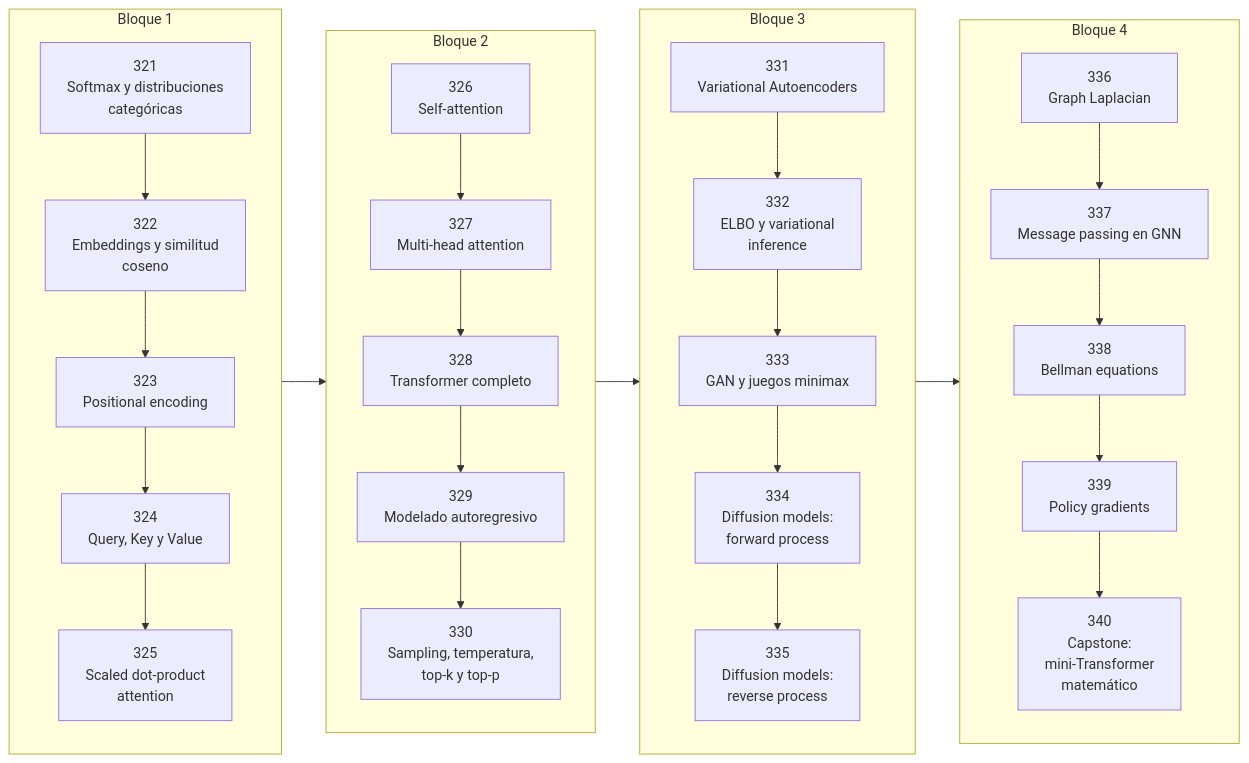
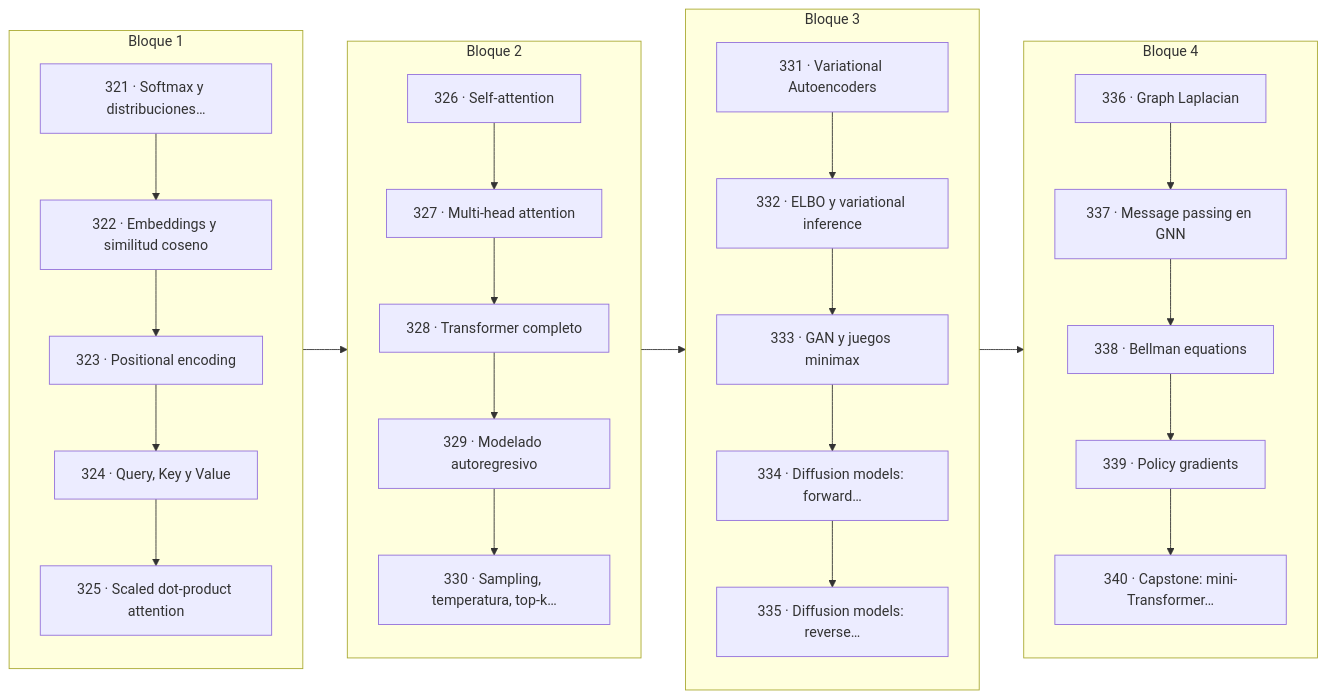
Before and after one commit to vladimiracunadev-create/computational-mathematics-program: the diagram in classes/part-16-matematica-de-transformers-modelos-generativos-grafos-y-rl/README.md, drawn with Mermaid. The commit also changed 389 other files, not shown here.

First line of the commit message:
fix(diagramas): elimina el HTML de las etiquetas Mermaid

````diff
--- a/classes/part-16-matematica-de-transformers-modelos-generativos-grafos-y-rl/README.md
+++ b/classes/part-16-matematica-de-transformers-modelos-generativos-grafos-y-rl/README.md
@@ -34,54 +34,54 @@
 ```mermaid
 flowchart LR
     subgraph B1["Bloque 1"]
         direction TB
-        L321["321<br/>Softmax y distribuciones<br/>categóricas"]
-        L322["322<br/>Embeddings y similitud<br/>coseno"]
-        L323["323<br/>Positional encoding"]
-        L324["324<br/>Query, Key y Value"]
-        L325["325<br/>Scaled dot-product<br/>attention"]
+        L321["321 · Softmax y distribuciones…"]
+        L322["322 · Embeddings y similitud coseno"]
+        L323["323 · Positional encoding"]
+        L324["324 · Query, Key y Value"]
+        L325["325 · Scaled dot-product attention"]
         L321 --> L322
         L322 --> L323
         L323 --> L324
         L324 --> L325
     end
     subgraph B2["Bloque 2"]
         direction TB
-        L326["326<br/>Self-attention"]
-        L327["327<br/>Multi-head attention"]
-        L328["328<br/>Transformer completo"]
-        L329["329<br/>Modelado autoregresivo"]
-        L330["330<br/>Sampling, temperatura,<br/>top-k y top-p"]
+        L326["326 · Self-attention"]
+        L327["327 · Multi-head attention"]
+        L328["328 · Transformer completo"]
+        L329["329 · Modelado autoregresivo"]
+        L330["330 · Sampling, temperatura, top-k…"]
         L326 --> L327
         L327 --> L328
         L328 --> L329
         L329 --> L330
     end
     subgraph B3["Bloque 3"]
         direction TB
-        L331["331<br/>Variational Autoencoders"]
-        L332["332<br/>ELBO y variational<br/>inference"]
-        L333["333<br/>GAN y juegos minimax"]
-        L334["334<br/>Diffusion models:<br/>forward process"]
-        L335["335<br/>Diffusion models:<br/>reverse process"]
+        L331["331 · Variational Autoencoders"]
+        L332["332 · ELBO y variational inference"]
+        L333["333 · GAN y juegos minimax"]
+        L334["334 · Diffusion models: forward…"]
+        L335["335 · Diffusion models: reverse…"]
         L331 --> L332
         L332 --> L333
         L333 --> L334
         L334 --> L335
     end
     subgraph B4["Bloque 4"]
         direction TB
-        L336["336<br/>Graph Laplacian"]
-        L337["337<br/>Message passing en GNN"]
-        L338["338<br/>Bellman equations"]
-        L339["339<br/>Policy gradients"]
-        L340["340<br/>Capstone:<br/>mini-Transformer<br/>matemático"]
+        L336["336 · Graph Laplacian"]
+        L337["337 · Message passing en GNN"]
+        L338["338 · Bellman equations"]
+        L339["339 · Policy gradients"]
+        L340["340 · Capstone: mini-Transformer…"]
         L336 --> L337
         L337 --> L338
         L338 --> L339
         L339 --> L340
     end
     L325 --> L326
     L330 --> L331
     L335 --> L336
 ```
````
